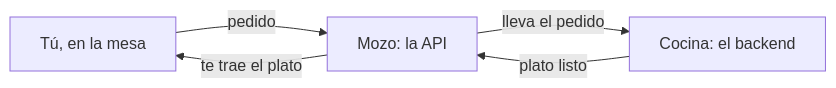
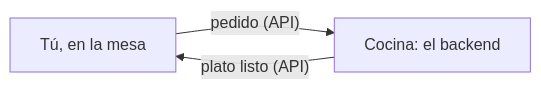
The fourth of 6 diagrams in src/content/docs/01-fundamentos-tecnologicos/04-frontend-backend.md (harrysxavio/gentle-ai-manual), drawn with Mermaid before and after one commit. The commit also changed 2 other files, not shown here.

Commit message:
docs: address three codex review findings on the exact head

````diff
--- a/src/content/docs/01-fundamentos-tecnologicos/04-frontend-backend.md
+++ b/src/content/docs/01-fundamentos-tecnologicos/04-frontend-backend.md
@@ -119,7 +119,5 @@
 ```mermaid
 flowchart LR
-    M["Tú, en la mesa"] -->|"pedido"| MO["Mozo: la API"]
-    MO -->|"lleva el pedido"| CO["Cocina: el backend"]
-    CO -->|"plato listo"| MO
-    MO -->|"te trae el plato"| M
+    M["Tú, en la mesa"] -->|"pedido (API)"| CO["Cocina: el backend"]
+    CO -->|"plato listo (API)"| M
 ```
````
